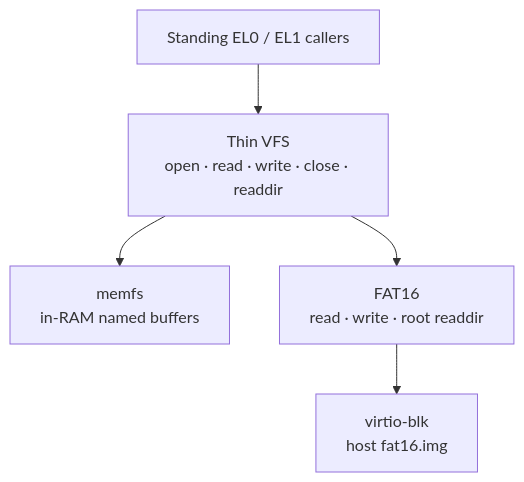
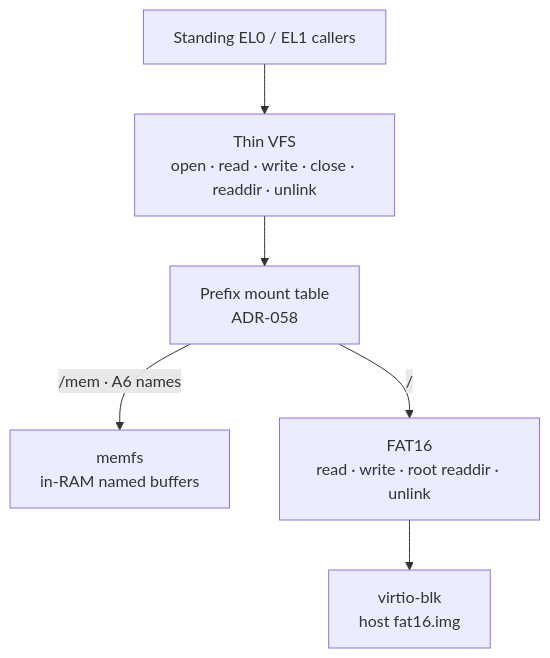
One commit to artofdream/ctos changed the fifth of 5 diagrams in docs/02-architecture/technical-architecture.md. Above: the diagram before and after it, drawn with Mermaid. The commit also changed other lines of this file and 14 other files, not shown here.

First line of the commit message:
feat: thin VFS prefix mounts (ADR-058)

````diff
--- a/docs/02-architecture/technical-architecture.md
+++ b/docs/02-architecture/technical-architecture.md
@@ -87,7 +87,8 @@
 ```mermaid
 flowchart TD
-  APP2["Standing EL0 / EL1 callers"] --> VFS["Thin VFS<br/>open · read · write · close · readdir"]
-  VFS --> MEM["memfs<br/>in-RAM named buffers"]
-  VFS --> FAT2["FAT16<br/>read · write · root readdir"]
+  APP2["Standing EL0 / EL1 callers"] --> VFS["Thin VFS<br/>open · read · write · close · readdir · unlink"]
+  VFS --> MT["Prefix mount table<br/>ADR-058"]
+  MT -->|"/mem · A6 names"| MEM["memfs<br/>in-RAM named buffers"]
+  MT -->|"/"| FAT2["FAT16<br/>read · write · root readdir · unlink"]
   FAT2 --> BLK["virtio-blk<br/>host fat16.img"]
 ```
````
